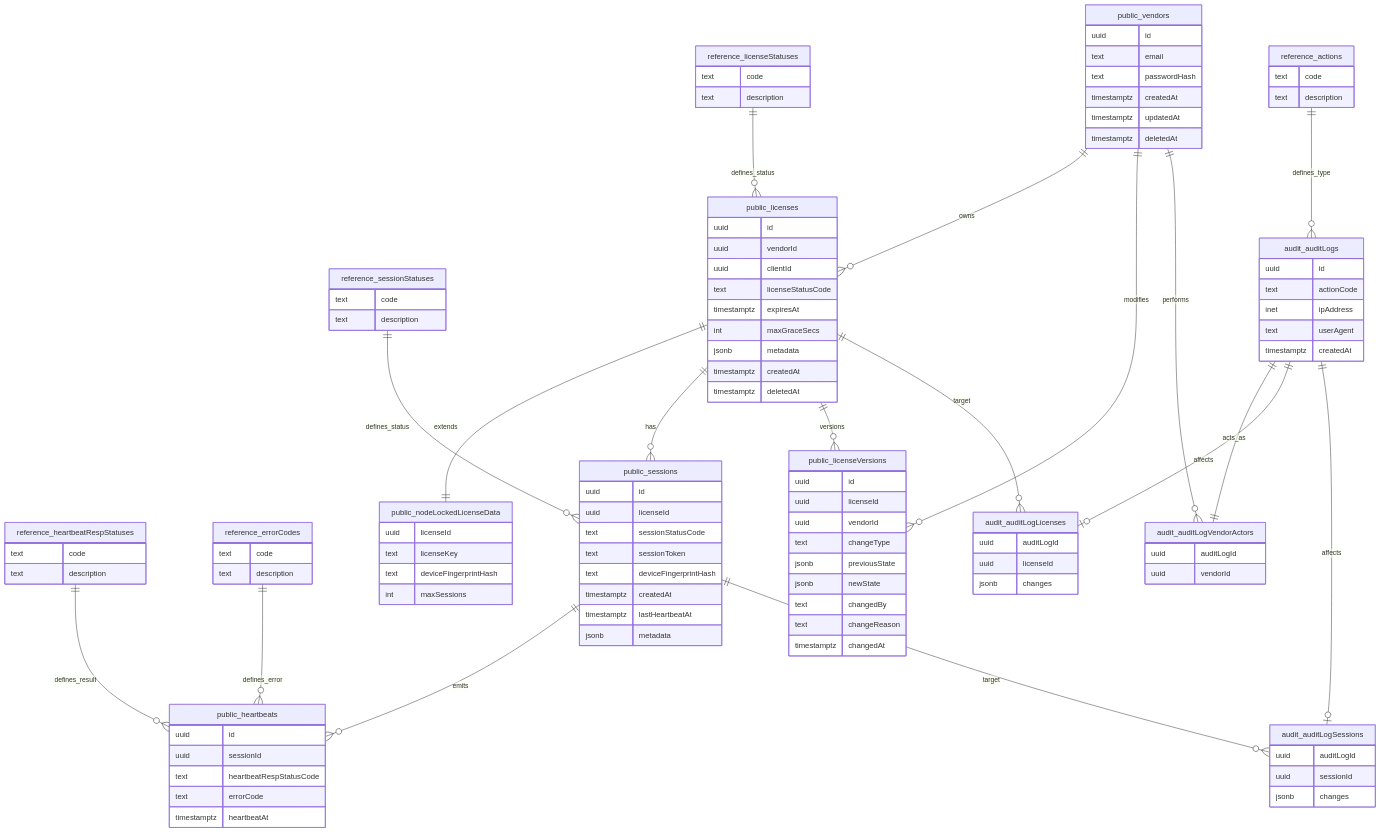
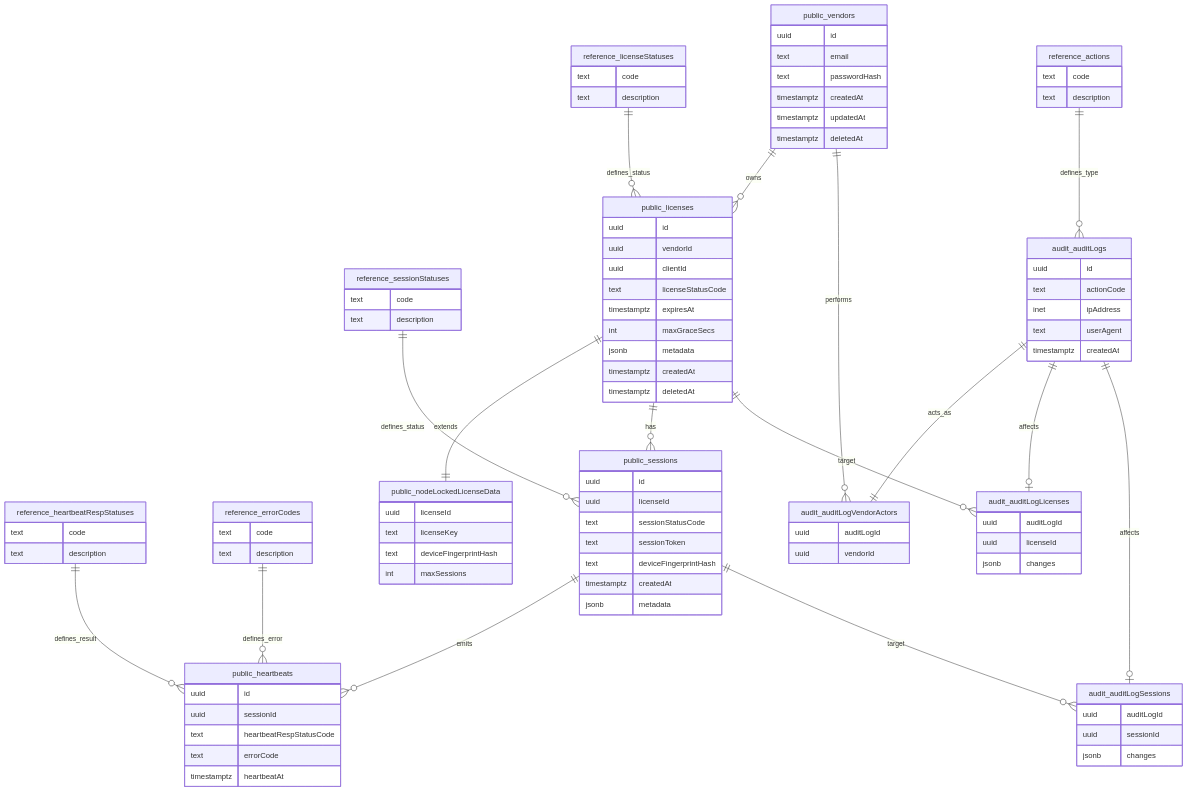
One commit to eggzec/permit changed the diagram in migrations/README.md. Above: the diagram before and after it, drawn with Mermaid. The commit also changed other lines of this file and 8 other files, not shown here.

```diff
--- a/migrations/README.md
+++ b/migrations/README.md
@@ -72,7 +91,6 @@
         text sessionToken
         text deviceFingerprintHash
         timestamptz createdAt
-        timestamptz lastHeartbeatAt
         jsonb metadata
     }
     public_heartbeats {
@@ -82,17 +100,7 @@
         text errorCode
         timestamptz heartbeatAt
     }
-    public_licenseVersions {
-        uuid id
-        uuid licenseId
-        uuid vendorId
-        text changeType
-        jsonb previousState
-        jsonb newState
-        text changedBy
-        text changeReason
-        timestamptz changedAt
-    }
+
 
     %% AUDIT SCHEMA
     audit_auditLogs {
@@ -122,8 +130,6 @@
     public_licenses ||--|| public_nodeLockedLicenseData : extends
     public_licenses ||--o{ public_sessions : has
     public_sessions ||--o{ public_heartbeats : emits
-    public_licenses ||--o{ public_licenseVersions : versions
-    public_vendors ||--o{ public_licenseVersions : modifies
 
     reference_licenseStatuses ||--o{ public_licenses : defines_status
     reference_sessionStatuses ||--o{ public_sessions : defines_status
```
